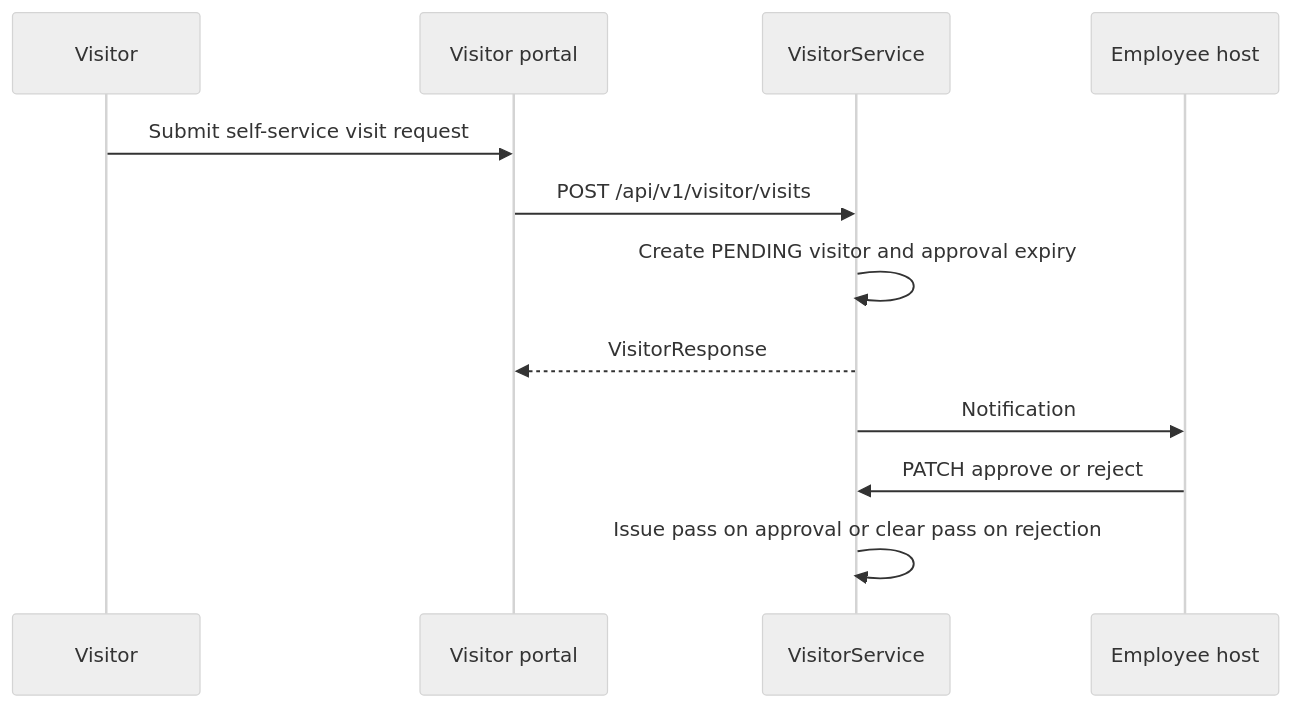
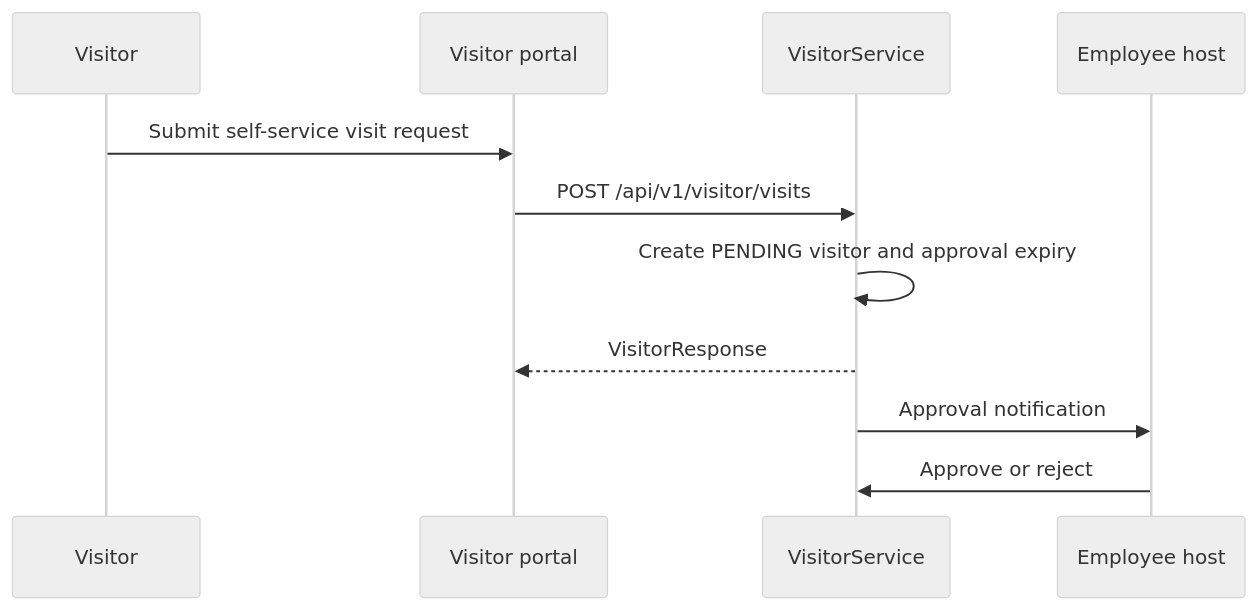
One commit to digitaldodo/visitor-management-system changed diagram 15 of 42 in PROJECT_OVERVIEW.md. Above: the diagram before and after it, drawn with Mermaid (neutral theme). The commit also changed other lines of this file and 1 other file, not shown here.

````diff
--- a/PROJECT_OVERVIEW.md
+++ b/PROJECT_OVERVIEW.md
@@ -240,15 +354,14 @@
 ```mermaid
 sequenceDiagram
     participant Visitor
     participant Portal as Visitor portal
     participant API as VisitorService
     participant Host as Employee host
 
     Visitor->>Portal: Submit self-service visit request
     Portal->>API: POST /api/v1/visitor/visits
     API->>API: Create PENDING visitor and approval expiry
     API-->>Portal: VisitorResponse
-    API->>Host: Notification
-    Host->>API: PATCH approve or reject
-    API->>API: Issue pass on approval or clear pass on rejection
+    API->>Host: Approval notification
+    Host->>API: Approve or reject
 ```
````
